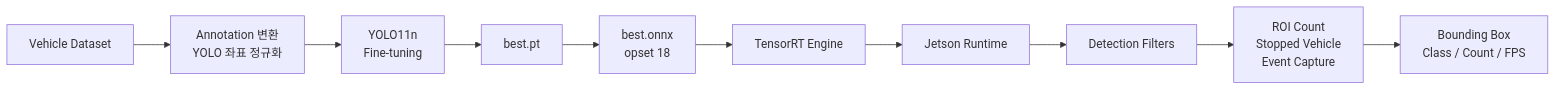
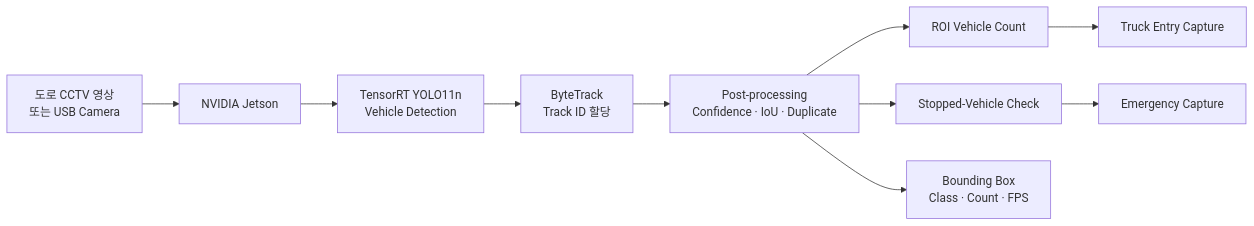
The first of 8 diagrams in 08-yolo-vehicle-detection/README.md (chieftain4202/RTL-Verification-Projects), drawn with Mermaid before and after one commit. The commit also changed other lines of this file, not shown here.

````diff
--- a/08-yolo-vehicle-detection/README.md
+++ b/08-yolo-vehicle-detection/README.md
@@ -22,12 +41,12 @@
 ```mermaid
 flowchart LR
-    DATA["Vehicle Dataset"] --> CONVERT["Annotation 변환<br/>YOLO 좌표 정규화"]
-    CONVERT --> TRAIN["YOLO11n<br/>Fine-tuning"]
-    TRAIN --> PT["best.pt"]
-    PT --> ONNX["best.onnx<br/>opset 18"]
-    ONNX --> TRT["TensorRT Engine"]
-    TRT --> JETSON["Jetson Runtime"]
-    JETSON --> FILTER["Detection Filters"]
-    FILTER --> EVENT["ROI Count<br/>Stopped Vehicle<br/>Event Capture"]
-    EVENT --> DISPLAY["Bounding Box<br/>Class / Count / FPS"]
+    INPUT["도로 CCTV 영상<br/>또는 USB Camera"] --> JETSON["NVIDIA Jetson"]
+    JETSON --> TRT["TensorRT YOLO11n<br/>Vehicle Detection"]
+    TRT --> TRACK["ByteTrack<br/>Track ID 할당"]
+    TRACK --> FILTER["Post-processing<br/>Confidence · IoU · Duplicate"]
+    FILTER --> ROI["ROI Vehicle Count"]
+    FILTER --> STOP["Stopped-Vehicle Check"]
+    ROI --> CAPTURE["Truck Entry Capture"]
+    STOP --> CAPTURE2["Emergency Capture"]
+    FILTER --> DISPLAY["Bounding Box<br/>Class · Count · FPS"]
 ```
````
